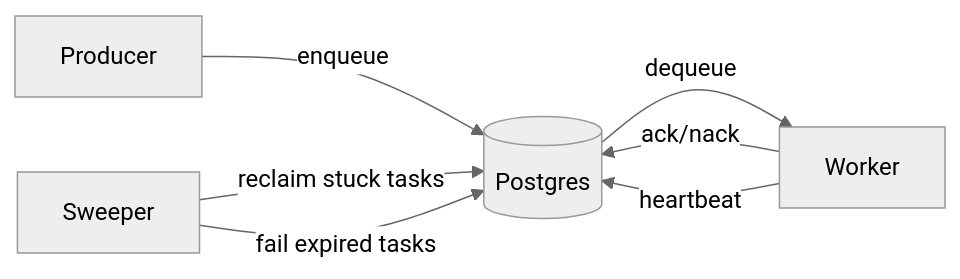
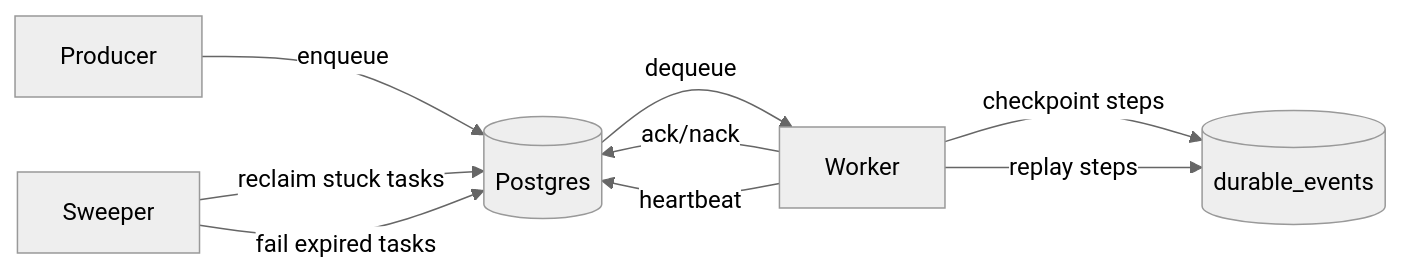
The first of 2 diagrams in README.md (TJPain/durable-execution-ts), drawn with Mermaid (neutral theme) before and after one commit. The commit also changed other lines of this file and 7 other files, not shown here.

First line of the commit message:
Add durable event log and DurableContext (lesson 05)

````diff
--- a/README.md
+++ b/README.md
@@ -11,9 +11,11 @@
 ```mermaid
 graph LR
   Producer -->|enqueue| Queue[(Postgres)]
   Queue -->|dequeue| Worker
   Worker -->|ack/nack| Queue
   Worker -->|heartbeat| Queue
   Sweeper -->|reclaim stuck tasks| Queue
   Sweeper -->|fail expired tasks| Queue
+  Worker -->|checkpoint steps| EventLog[(durable_events)]
+  Worker -->|replay steps| EventLog
 ```
````
